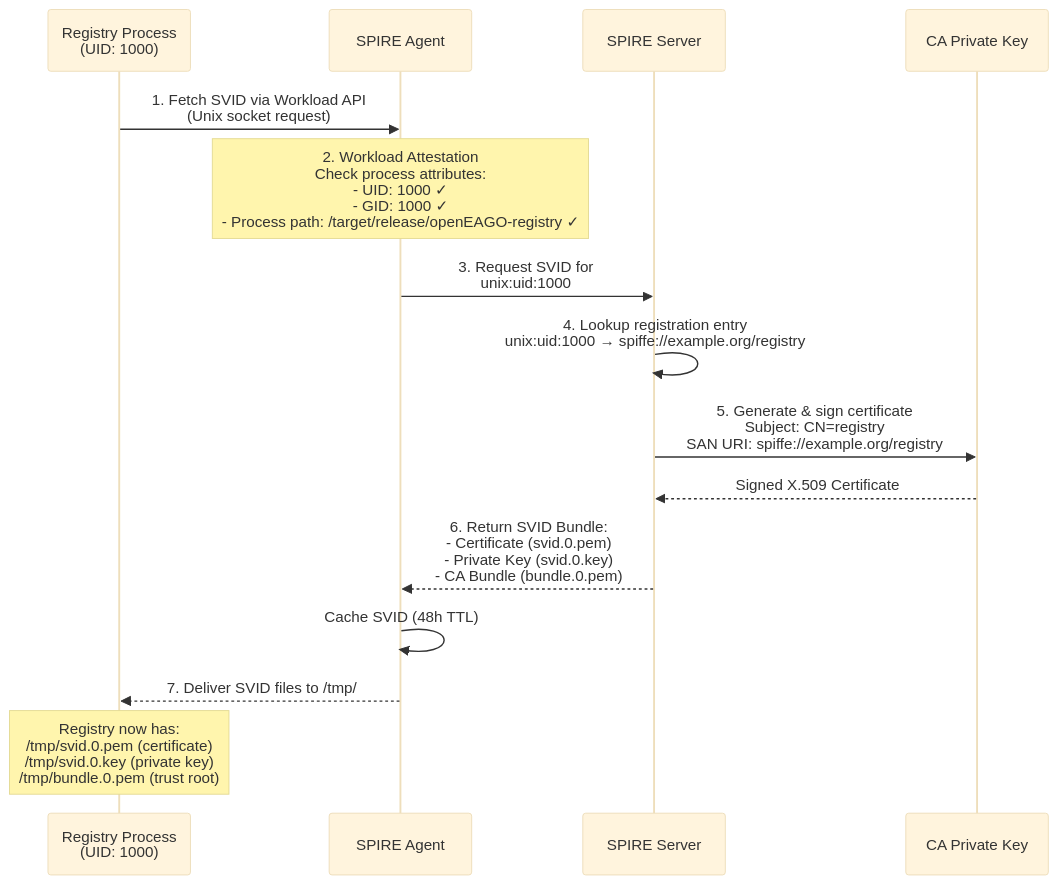
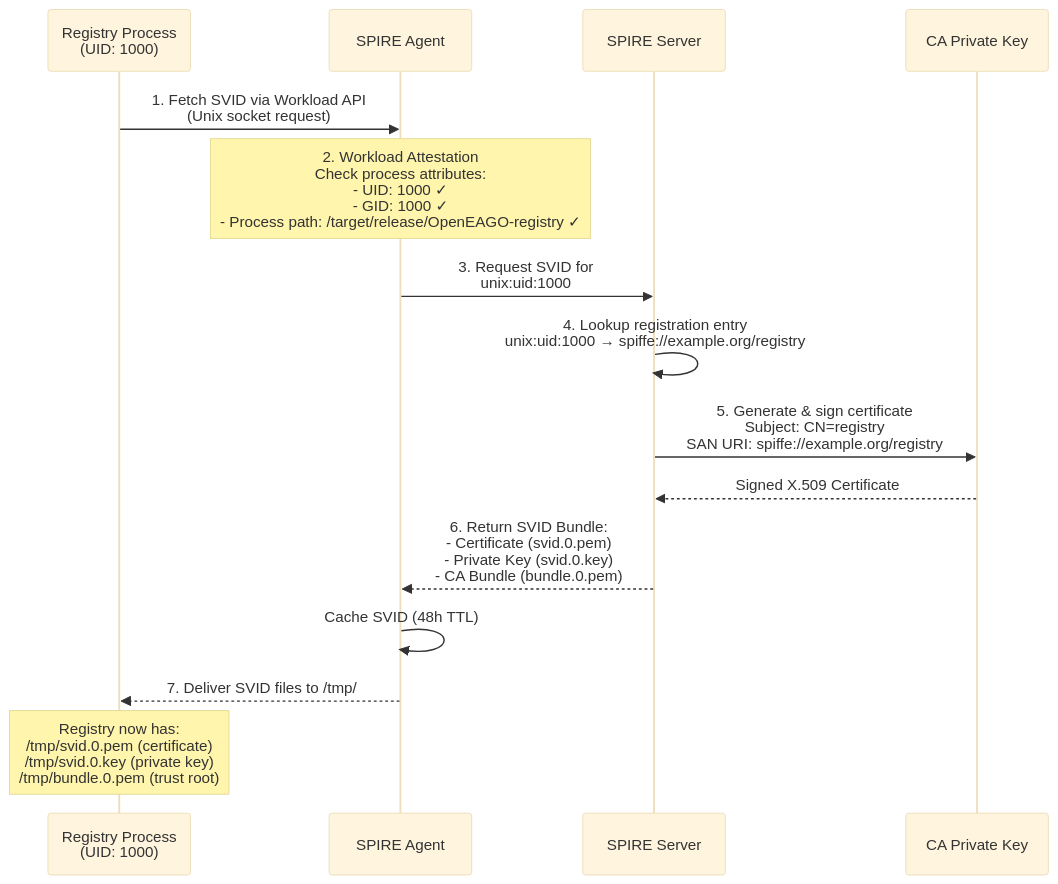
The third of 7 diagrams in docs/overview/security.md (finos-labs/open-eago), drawn with Mermaid (base theme) before and after one commit. The commit also changed 42 other files, not shown here.

````diff
--- a/docs/overview/security.md
+++ b/docs/overview/security.md
@@ -56,17 +56,17 @@
 ```mermaid
 sequenceDiagram
    participant Registry as Registry Process<br/>(UID: 1000)
    participant Agent as SPIRE Agent
    participant Server as SPIRE Server
    participant CA as CA Private Key
    Registry->>Agent: 1. Fetch SVID via Workload API<br/>(Unix socket request)
-   Note over Agent: 2. Workload Attestation<br/>Check process attributes:<br/>- UID: 1000 ✓<br/>- GID: 1000 ✓<br/>- Process path: /target/release/openEAGO-registry ✓
+   Note over Agent: 2. Workload Attestation<br/>Check process attributes:<br/>- UID: 1000 ✓<br/>- GID: 1000 ✓<br/>- Process path: /target/release/OpenEAGO-registry ✓
    Agent->>Server: 3. Request SVID for<br/>unix:uid:1000
    Server->>Server: 4. Lookup registration entry<br/>unix:uid:1000 → spiffe://example.org/registry
    Server->>CA: 5. Generate & sign certificate<br/>Subject: CN=registry<br/>SAN URI: spiffe://example.org/registry
    CA-->>Server: Signed X.509 Certificate
    Server-->>Agent: 6. Return SVID Bundle:<br/>- Certificate (svid.0.pem)<br/>- Private Key (svid.0.key)<br/>- CA Bundle (bundle.0.pem)
    Agent->>Agent: Cache SVID (48h TTL)
    Agent-->>Registry: 7. Deliver SVID files to /tmp/
    Note over Registry: Registry now has:<br/>/tmp/svid.0.pem (certificate)<br/>/tmp/svid.0.key (private key)<br/>/tmp/bundle.0.pem (trust root)
 ```
````
